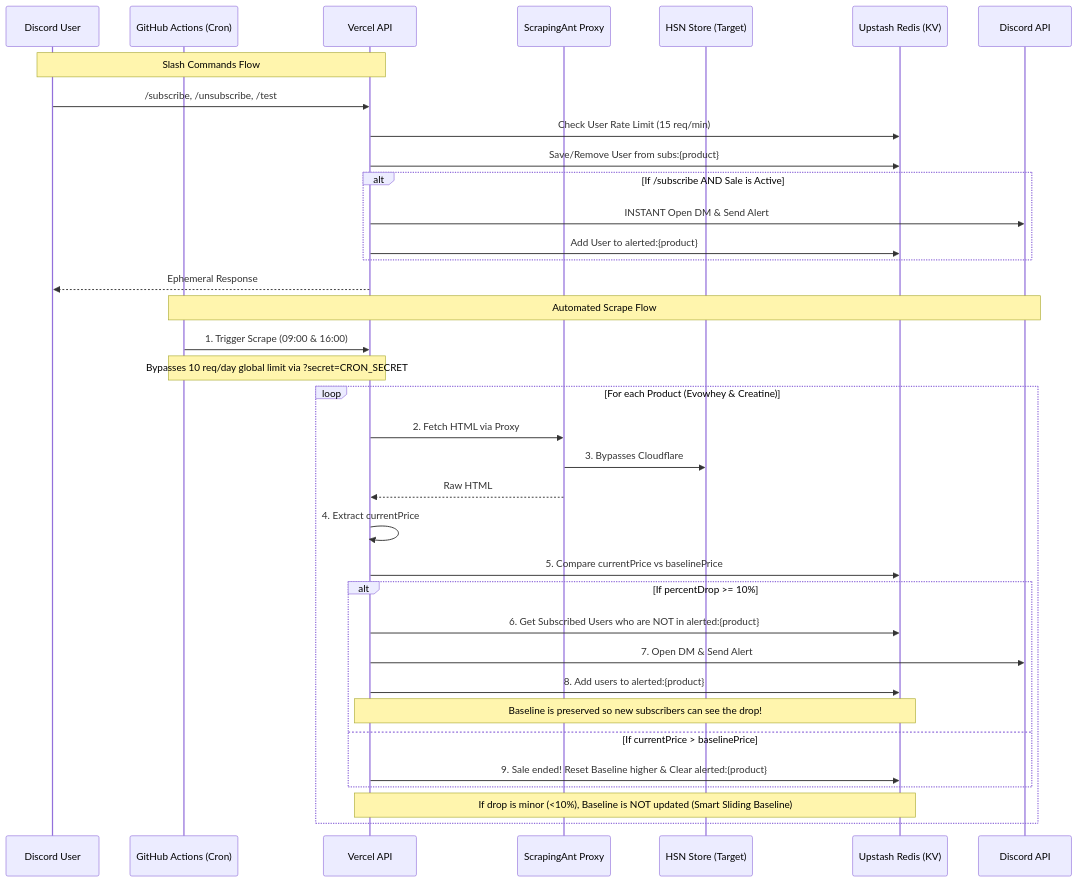
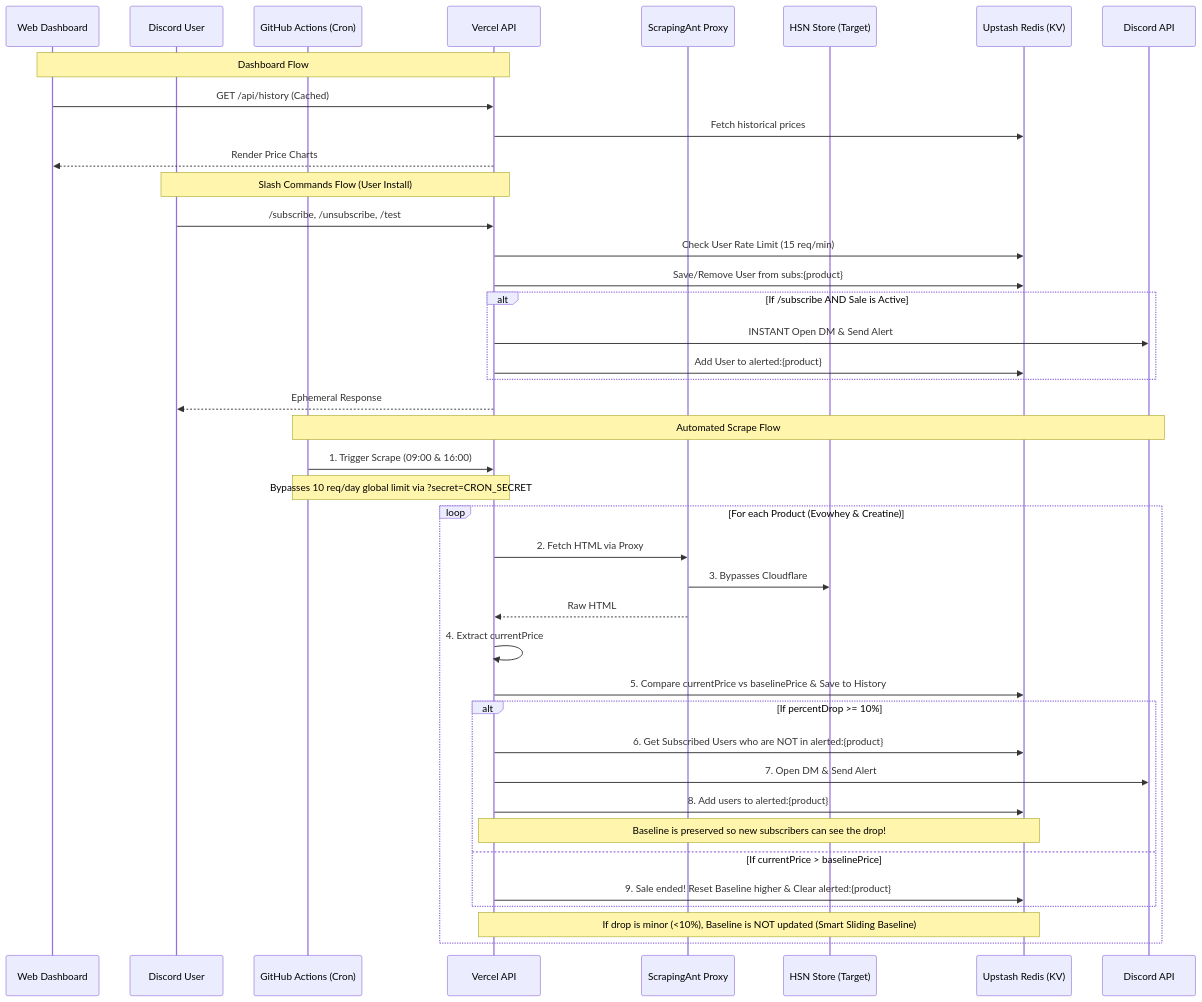
The diagram in README.md (JoaoCodificacoes/hsn-scraper), drawn with Mermaid before and after one commit. The commit also changed other lines of this file, not shown here.

Commit message:
docs: Update README mermaid diagram and features list for Dashboard

````diff
--- a/README.md
+++ b/README.md
@@ -9,43 +9,49 @@
 ```mermaid
 sequenceDiagram
+    participant Web as Web Dashboard
     participant User as Discord User
     participant GitHub as GitHub Actions (Cron)
     participant Vercel as Vercel API
     participant Scraper as ScrapingAnt Proxy
     participant HSN as HSN Store (Target)
     participant Redis as Upstash Redis (KV)
     participant Discord as Discord API
 
-    Note over User,Vercel: Slash Commands Flow
+    Note over Web,Vercel: Dashboard Flow
+    Web->>Vercel: GET /api/history (Cached)
+    Vercel->>Redis: Fetch historical prices
+    Vercel-->>Web: Render Price Charts
+
+    Note over User,Vercel: Slash Commands Flow (User Install)
     User->>Vercel: /subscribe, /unsubscribe, /test
     Vercel->>Redis: Check User Rate Limit (15 req/min)
     Vercel->>Redis: Save/Remove User from subs:{product}
     alt If /subscribe AND Sale is Active
         Vercel->>Discord: INSTANT Open DM & Send Alert
         Vercel->>Redis: Add User to alerted:{product}
     end
     Vercel-->>User: Ephemeral Response
     
     Note over GitHub,Discord: Automated Scrape Flow
     GitHub->>Vercel: 1. Trigger Scrape (09:00 & 16:00)
     Note over GitHub,Vercel: Bypasses 10 req/day global limit via ?secret=CRON_SECRET
     
     loop For each Product (Evowhey & Creatine)
         Vercel->>Scraper: 2. Fetch HTML via Proxy
         Scraper->>HSN: 3. Bypasses Cloudflare
         Scraper-->>Vercel: Raw HTML
         
         Vercel->>Vercel: 4. Extract currentPrice
-        Vercel->>Redis: 5. Compare currentPrice vs baselinePrice
+        Vercel->>Redis: 5. Compare currentPrice vs baselinePrice & Save to History
         
         alt If percentDrop >= 10%
             Vercel->>Redis: 6. Get Subscribed Users who are NOT in alerted:{product}
             Vercel->>Discord: 7. Open DM & Send Alert
             Vercel->>Redis: 8. Add users to alerted:{product}
             Note over Vercel,Redis: Baseline is preserved so new subscribers can see the drop!
         else If currentPrice > baselinePrice
             Vercel->>Redis: 9. Sale ended! Reset Baseline higher & Clear alerted:{product}
         end
         Note over Vercel,Redis: If drop is minor (<10%), Baseline is NOT updated (Smart Sliding Baseline)
     end
 ```
````
